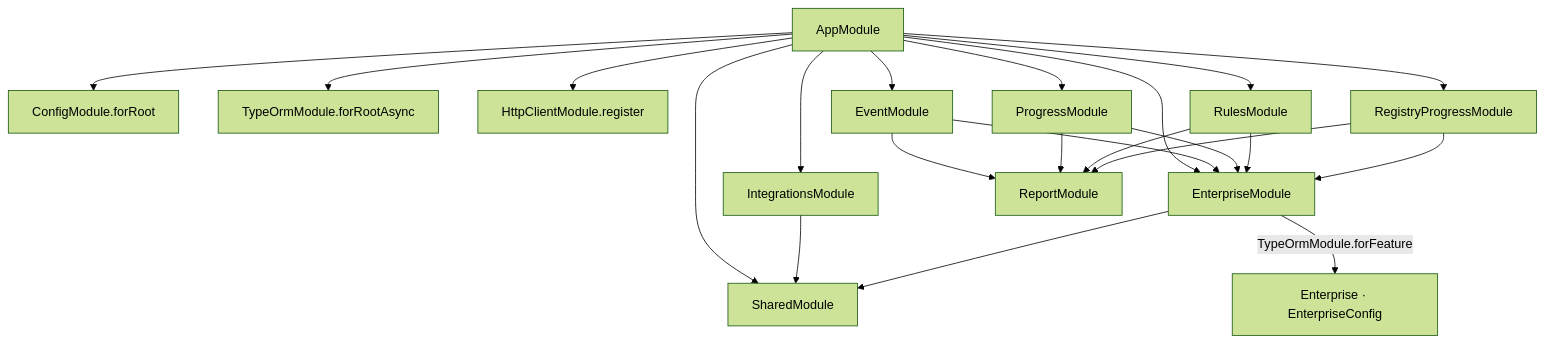
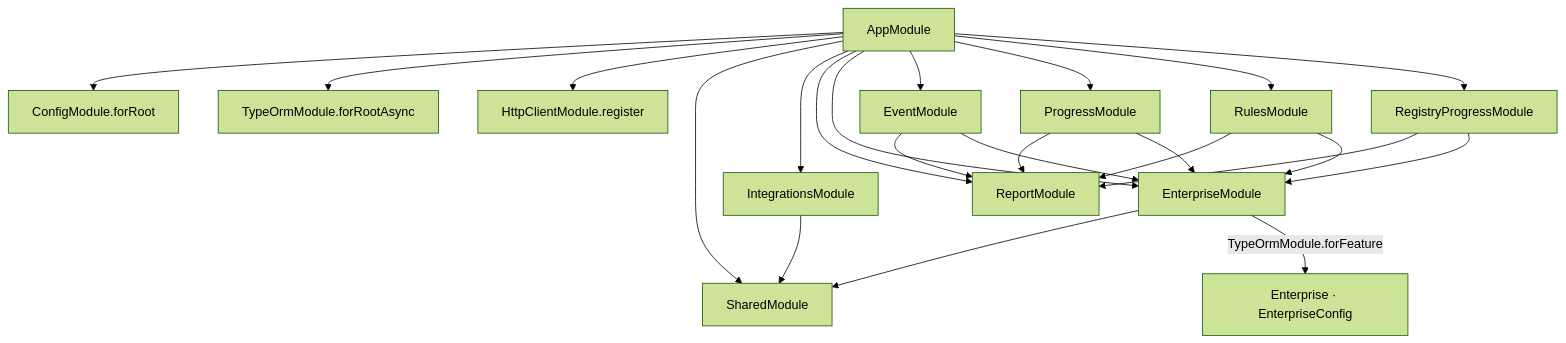
The second of 5 diagrams in docs/05-arquitectura.md (Maur025/tracking-report-nest), drawn with Mermaid (forest theme) before and after one commit. The commit also changed other lines of this file and 8 other files, not shown here.

````diff
--- a/docs/05-arquitectura.md
+++ b/docs/05-arquitectura.md
@@ -75,28 +76,29 @@
 ```mermaid
 flowchart TB
     AppModule --> ConfigModule["ConfigModule.forRoot"]
     AppModule --> TypeOrmModule["TypeOrmModule.forRootAsync"]
     AppModule --> HttpClientModule["HttpClientModule.register"]
     AppModule --> SharedModule
     AppModule --> IntegrationsModule
+    AppModule --> ReportModule
     AppModule --> EnterpriseModule
     AppModule --> EventModule
     AppModule --> ProgressModule
     AppModule --> RulesModule
     AppModule --> RegistryProgressModule
 
     EventModule --> ReportModule
     ProgressModule --> ReportModule
     RulesModule --> ReportModule
     RegistryProgressModule --> ReportModule
 
     EventModule --> EnterpriseModule
     ProgressModule --> EnterpriseModule
     RulesModule --> EnterpriseModule
     RegistryProgressModule --> EnterpriseModule
 
     IntegrationsModule --> SharedModule
     EnterpriseModule --> SharedModule
 
     EnterpriseModule -->|"TypeOrmModule.forFeature"| ORM["Enterprise · EnterpriseConfig"]
 ```
````
